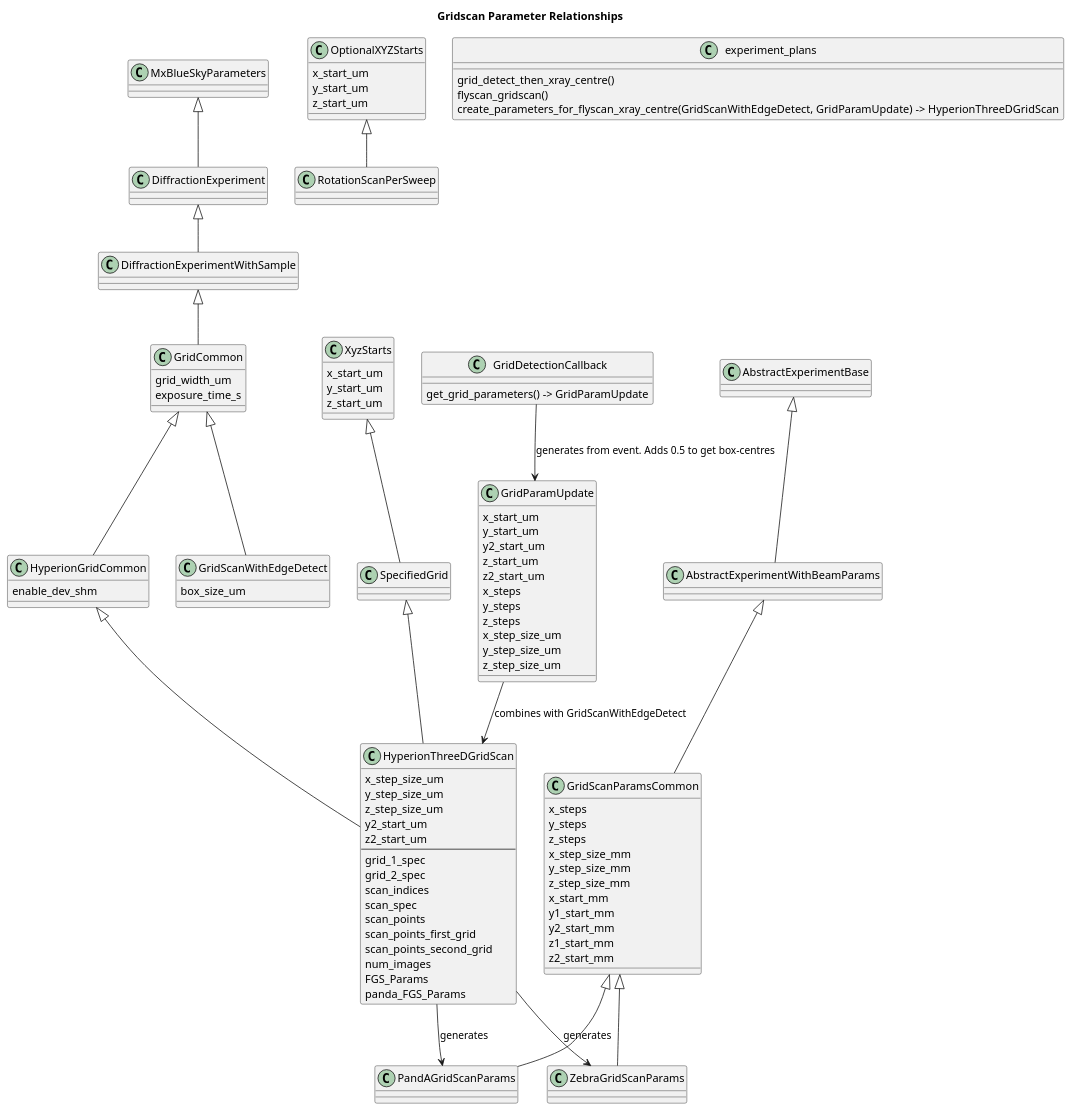
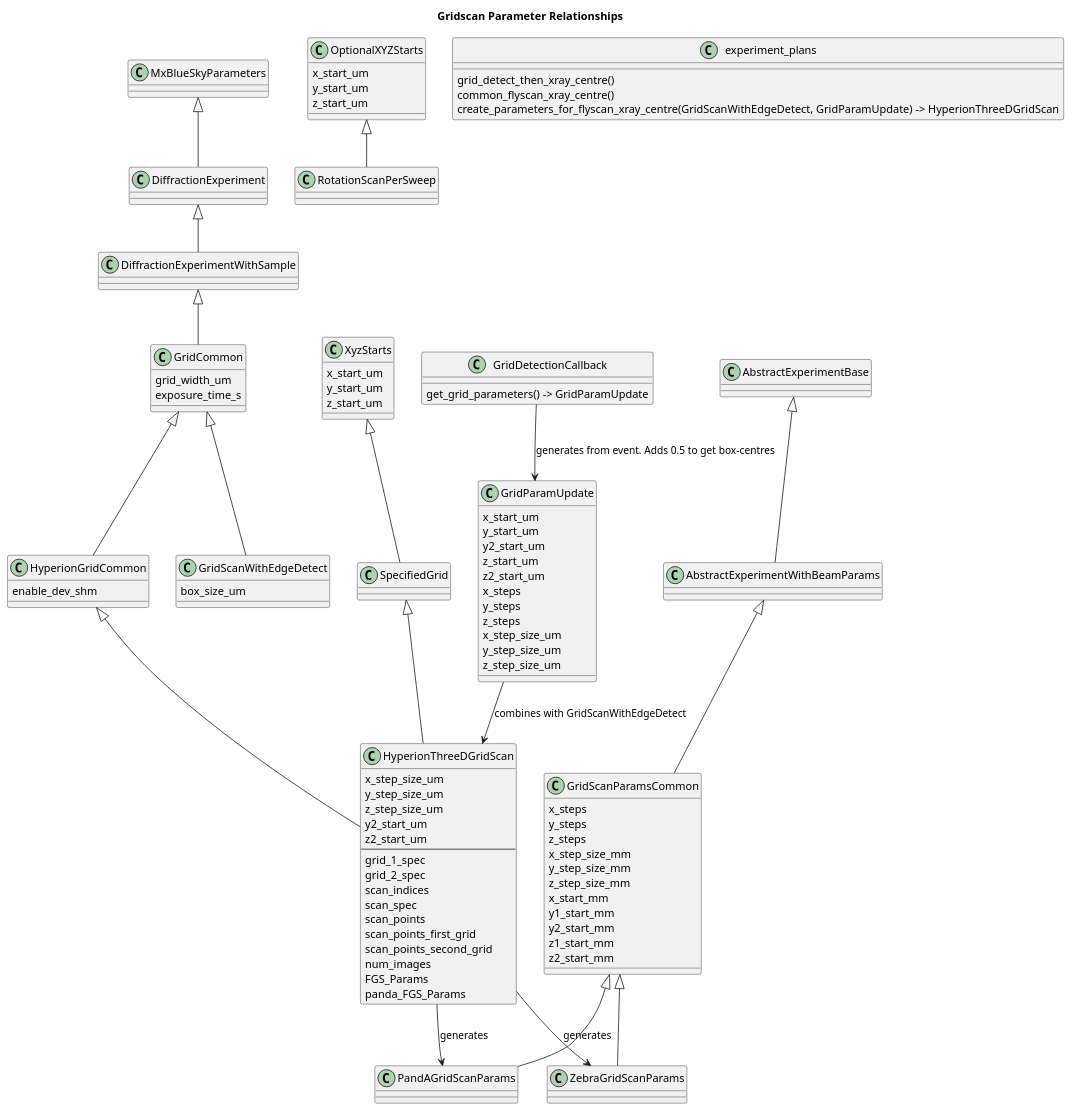
The diagram in docs/developer/hyperion/reference/gridscan.puml (DiamondLightSource/mx-bluesky), drawn with PlantUML before and after one commit. The commit also changed 8 other files, not shown here.

```diff
--- a/docs/developer/hyperion/reference/gridscan.puml
+++ b/docs/developer/hyperion/reference/gridscan.puml
@@ -1,109 +1,109 @@
 @startuml
 title Gridscan Parameter Relationships
 
 class DiffractionExperiment
 class DiffractionExperimentWithSample
 class GridCommon {
     grid_width_um
     exposure_time_s
 }
 class GridScanWithEdgeDetect {
     box_size_um
 }
 class HyperionGridCommon {
     enable_dev_shm
 }
 class HyperionThreeDGridScan {
     x_step_size_um
     y_step_size_um
     z_step_size_um
     y2_start_um
     z2_start_um
     --
     grid_1_spec
     grid_2_spec
     scan_indices
     scan_spec
     scan_points
     scan_points_first_grid
     scan_points_second_grid
     num_images
     FGS_Params
     panda_FGS_Params
 }
 class MxBlueSkyParameters
 class SpecifiedGrid
 class XyzStarts {
     x_start_um
     y_start_um
     z_start_um
 }
 class OptionalXYZStarts {
     x_start_um
     y_start_um
     z_start_um
 }
 class RotationScanPerSweep
 
 MxBlueSkyParameters <|-- DiffractionExperiment
 DiffractionExperiment <|-- DiffractionExperimentWithSample
 DiffractionExperimentWithSample <|-- GridCommon
 GridCommon <|-- GridScanWithEdgeDetect
 GridCommon <|-- HyperionGridCommon
 HyperionGridCommon <|-- HyperionThreeDGridScan
 SpecifiedGrid <|-- HyperionThreeDGridScan
 XyzStarts <|-- SpecifiedGrid
 OptionalXYZStarts <|-- RotationScanPerSweep
 class GridParamUpdate {
     x_start_um
     y_start_um
     y2_start_um
     z_start_um
     z2_start_um
     x_steps
     y_steps
     z_steps
     x_step_size_um
     y_step_size_um
     z_step_size_um
 }
 
 class GridDetectionCallback {
     get_grid_parameters() -> GridParamUpdate
 }
     
 GridDetectionCallback --> GridParamUpdate : generates from event. Adds 0.5 to get box-centres
 GridParamUpdate --> HyperionThreeDGridScan : combines with GridScanWithEdgeDetect
 
 class experiment_plans {
     grid_detect_then_xray_centre()
-    flyscan_gridscan()
+    common_flyscan_xray_centre()
     create_parameters_for_flyscan_xray_centre(GridScanWithEdgeDetect, GridParamUpdate) -> HyperionThreeDGridScan
 }
 
 class AbstractExperimentBase
 class AbstractExperimentWithBeamParams
 class GridScanParamsCommon {
     x_steps
     y_steps
     z_steps
     x_step_size_mm
     y_step_size_mm
     z_step_size_mm
     x_start_mm
     y1_start_mm
     y2_start_mm
     z1_start_mm
     z2_start_mm
 }
 class PandAGridScanParams
 class ZebraGridScanParams
 
 AbstractExperimentBase <|-- AbstractExperimentWithBeamParams
 AbstractExperimentWithBeamParams <|-- GridScanParamsCommon
 GridScanParamsCommon <|-- PandAGridScanParams
 GridScanParamsCommon <|-- ZebraGridScanParams
 
 HyperionThreeDGridScan --> ZebraGridScanParams : generates
 HyperionThreeDGridScan --> PandAGridScanParams : generates
 @enduml
```
